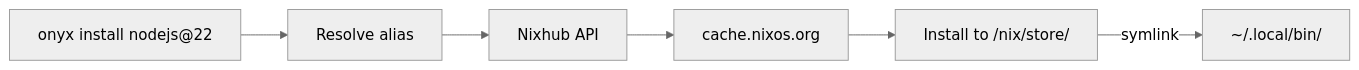
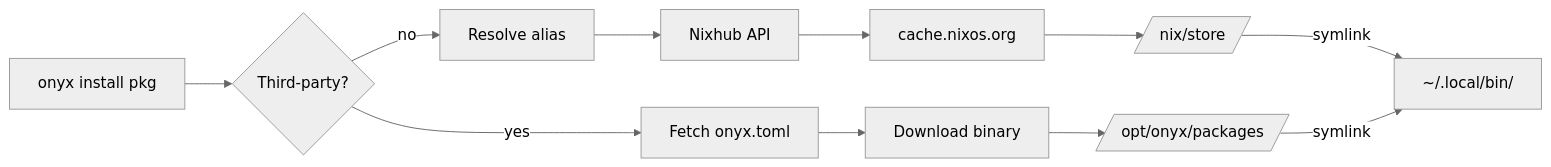
One commit to lilienblum/onyx changed the diagram in README.md. Above: the diagram before and after it, drawn with Mermaid (neutral theme). The commit also changed other lines of this file, not shown here.

Commit message:
docs: add third-party path to How it works diagram

````diff
--- a/README.md
+++ b/README.md
@@ -76,8 +76,13 @@
 ```mermaid
 flowchart LR
-    A[onyx install nodejs@22] --> B[Resolve alias]
-    B --> C[Nixhub API]
-    C --> D[cache.nixos.org]
-    D --> E[Install to /nix/store/]
-    E -->|symlink| F[~/.local/bin/]
+    A[onyx install pkg] --> B{Third-party?}
+    B -->|no| C[Resolve alias]
+    C --> D[Nixhub API]
+    D --> E[cache.nixos.org]
+    E --> F[/nix/store/]
+    B -->|yes| G[Fetch onyx.toml]
+    G --> H[Download binary]
+    H --> I[/opt/onyx/packages/]
+    F -->|symlink| J[~/.local/bin/]
+    I -->|symlink| J
 ```
````
